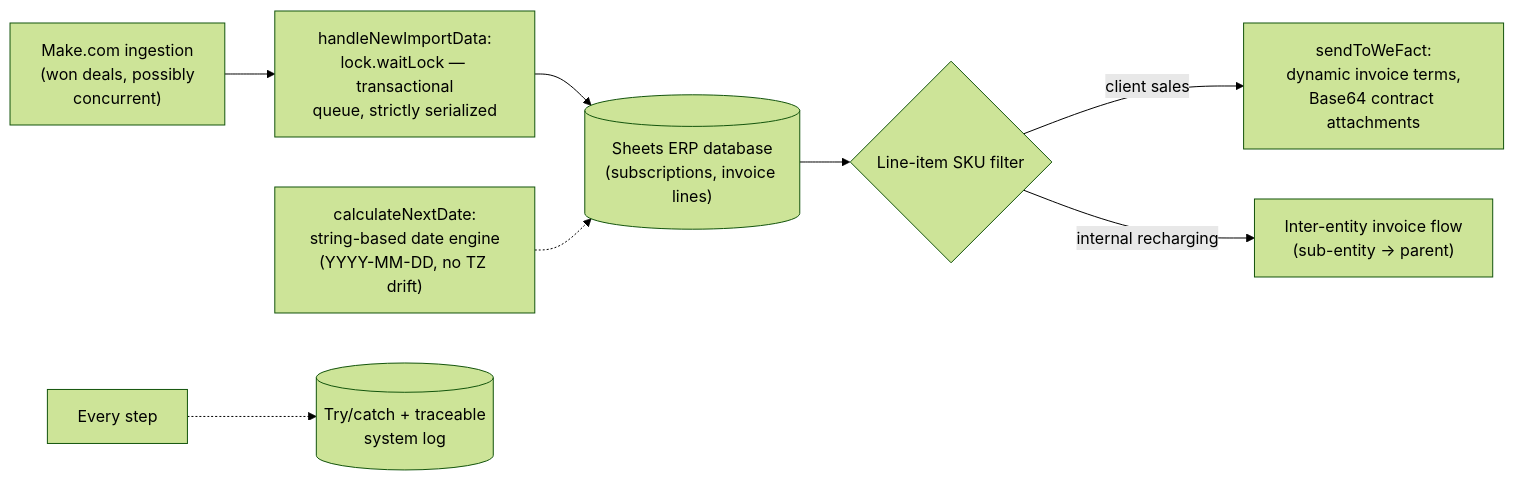
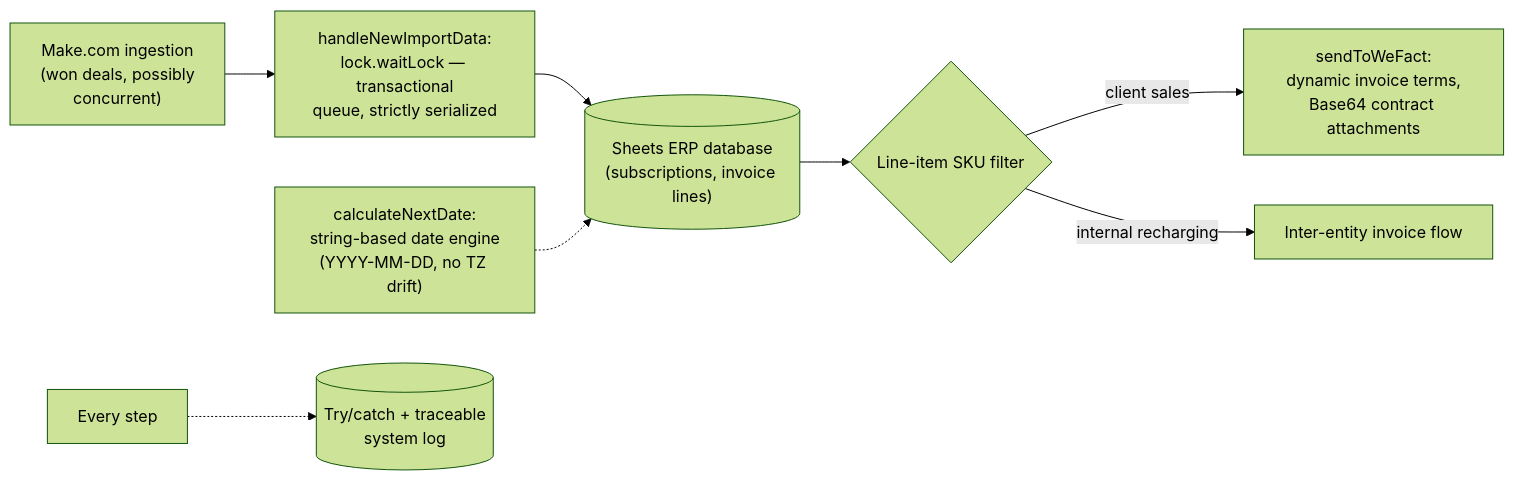
The diagram in case-studies/18-financial-erp-refactor.md (MatthiasBusscher/automation-portfolio), drawn with Mermaid (forest theme) before and after one commit. The commit also changed other lines of this file, not shown here.

Commit message:
Refactor internal recharging description formatting
Removed unnecessary HTML line breaks from internal recharging description.

````diff
--- a/case-studies/18-financial-erp-refactor.md
+++ b/case-studies/18-financial-erp-refactor.md
@@ -13,10 +13,10 @@
 ```mermaid
 flowchart LR
     MAKE["Make.com ingestion<br/>(won deals, possibly<br/>concurrent)"] --> LOCK["handleNewImportData:<br/>lock.waitLock — transactional<br/>queue, strictly serialized"]
     LOCK --> WRITE[("Sheets ERP database<br/>(subscriptions, invoice lines)")]
     WRITE --> SPLIT{"Line-item SKU filter"}
     SPLIT -- "client sales" --> WF["sendToWeFact:<br/>dynamic invoice terms,<br/>Base64 contract attachments"]
-    SPLIT -- "internal recharging" --> INT["Inter-entity invoice flow<br/>(sub-entity → parent)"]
+    SPLIT -- "internal recharging" --> INT["Inter-entity invoice flow"]
     DATES["calculateNextDate:<br/>string-based date engine<br/>(YYYY-MM-DD, no TZ drift)"] -.-> WRITE
     ALL["Every step"] -.-> LOG[("Try/catch + traceable<br/>system log")]
 ```
````
